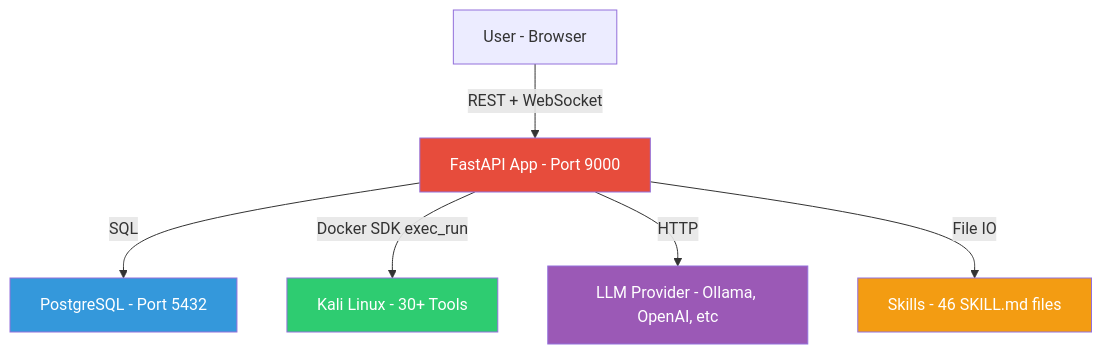
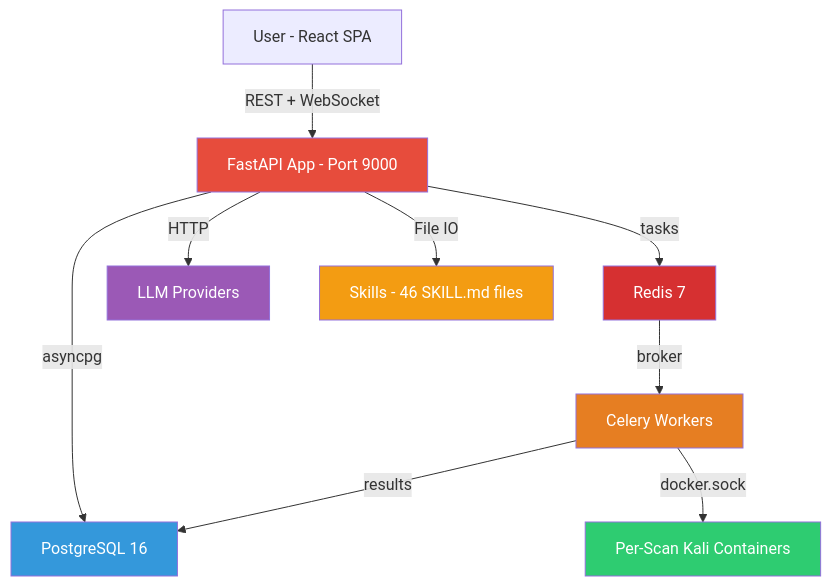
One commit to omkar-ukirde/RedStrike.AI changed the first of 24 diagrams in docs/architecture.md. Above: the diagram before and after it, drawn with Mermaid. The commit also changed other lines of this file and 1 other file, not shown here.

Commit message:
refactor: transition to distributed architecture with Celery, Redis, and dynamic per-scan Kali containers

````diff
--- a/docs/architecture.md
+++ b/docs/architecture.md
@@ -42,14 +48,19 @@
 ```mermaid
 graph TB
-    User["User - Browser"] -->|REST + WebSocket| App["FastAPI App - Port 9000"]
-    App -->|SQL| DB["PostgreSQL - Port 5432"]
-    App -->|Docker SDK exec_run| Kali["Kali Linux - 30+ Tools"]
-    App -->|HTTP| LLM["LLM Provider - Ollama, OpenAI, etc"]
+    User["User - React SPA"] -->|REST + WebSocket| App["FastAPI App - Port 9000"]
+    App -->|asyncpg| DB["PostgreSQL 16"]
+    App -->|tasks| Redis["Redis 7"]
+    Redis -->|broker| Celery["Celery Workers"]
+    Celery -->|docker.sock| Kali["Per-Scan Kali Containers"]
+    App -->|HTTP| LLM["LLM Providers"]
     App -->|File IO| Skills["Skills - 46 SKILL.md files"]
+    Celery -->|results| DB
 
     style App fill:#e74c3c,color:#fff
     style DB fill:#3498db,color:#fff
+    style Redis fill:#d63031,color:#fff
+    style Celery fill:#e67e22,color:#fff
     style Kali fill:#2ecc71,color:#fff
     style LLM fill:#9b59b6,color:#fff
     style Skills fill:#f39c12,color:#fff
 ```
````
